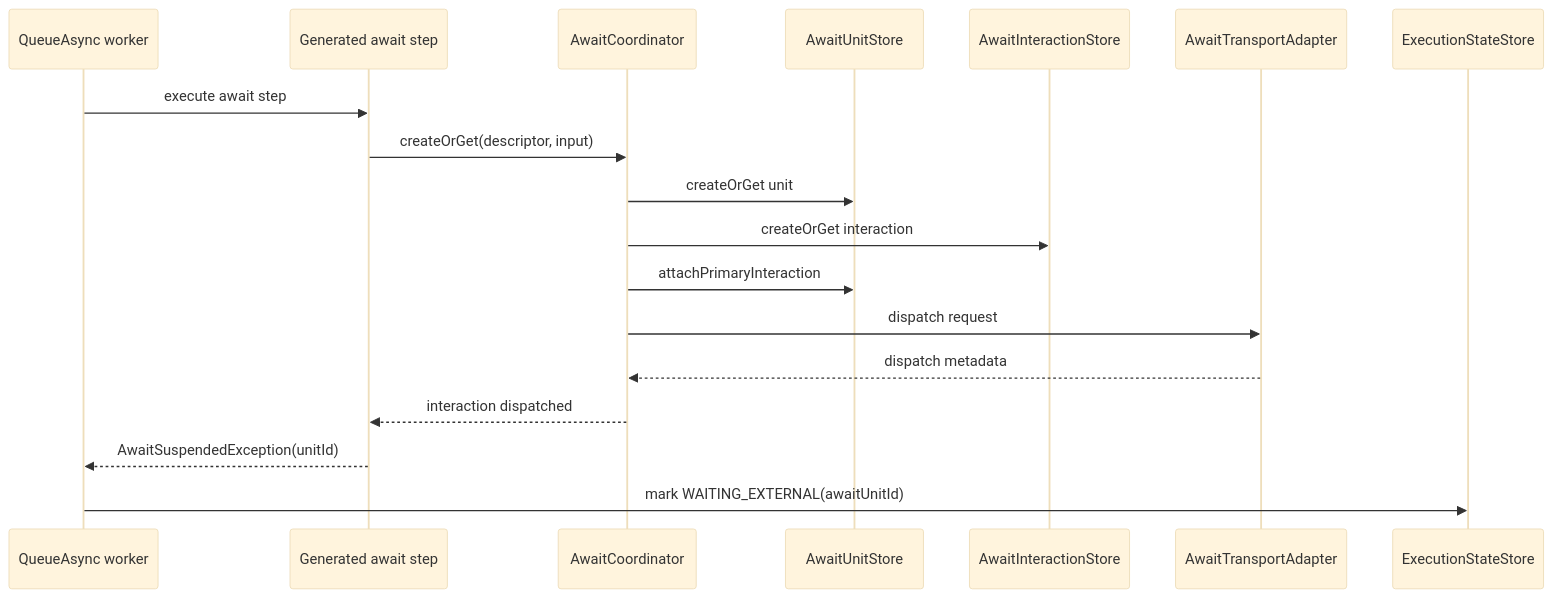
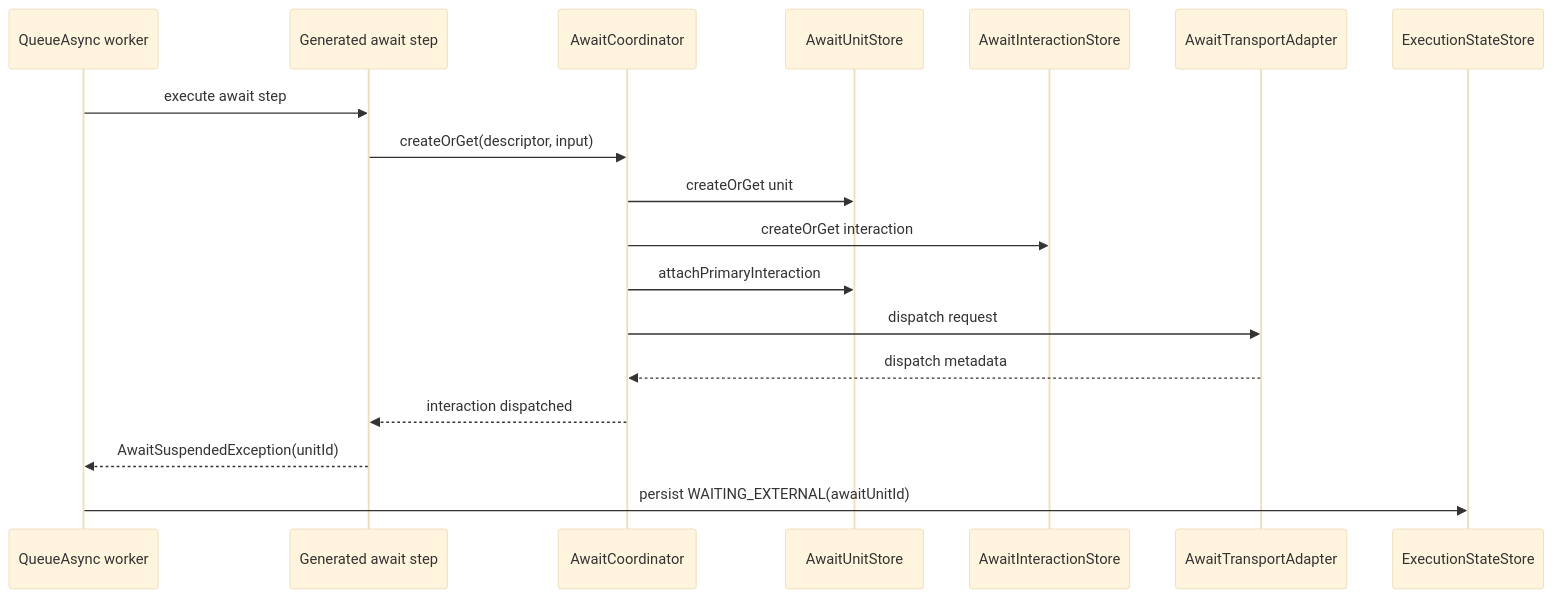
The first of 7 diagrams in docs/evolve/await-unit-runtime/sequences.md (The-Pipeline-Framework/pipelineframework), drawn with Mermaid (base theme) before and after one commit. The commit also changed other lines of this file and 14 other files, not shown here.

````diff
--- a/docs/evolve/await-unit-runtime/sequences.md
+++ b/docs/evolve/await-unit-runtime/sequences.md
@@ -7,21 +7,21 @@
 ```mermaid
 sequenceDiagram
     participant Worker as QueueAsync worker
     participant Step as Generated await step
     participant Coord as AwaitCoordinator
     participant UnitStore as AwaitUnitStore
     participant InteractionStore as AwaitInteractionStore
     participant Adapter as AwaitTransportAdapter
     participant ExecStore as ExecutionStateStore
 
     Worker->>Step: execute await step
     Step->>Coord: createOrGet(descriptor, input)
     Coord->>UnitStore: createOrGet unit
     Coord->>InteractionStore: createOrGet interaction
     Coord->>UnitStore: attachPrimaryInteraction
     Coord->>Adapter: dispatch request
     Adapter-->>Coord: dispatch metadata
     Coord-->>Step: interaction dispatched
     Step-->>Worker: AwaitSuspendedException(unitId)
-    Worker->>ExecStore: mark WAITING_EXTERNAL(awaitUnitId)
+    Worker->>ExecStore: persist WAITING_EXTERNAL(awaitUnitId)
 ```
````
